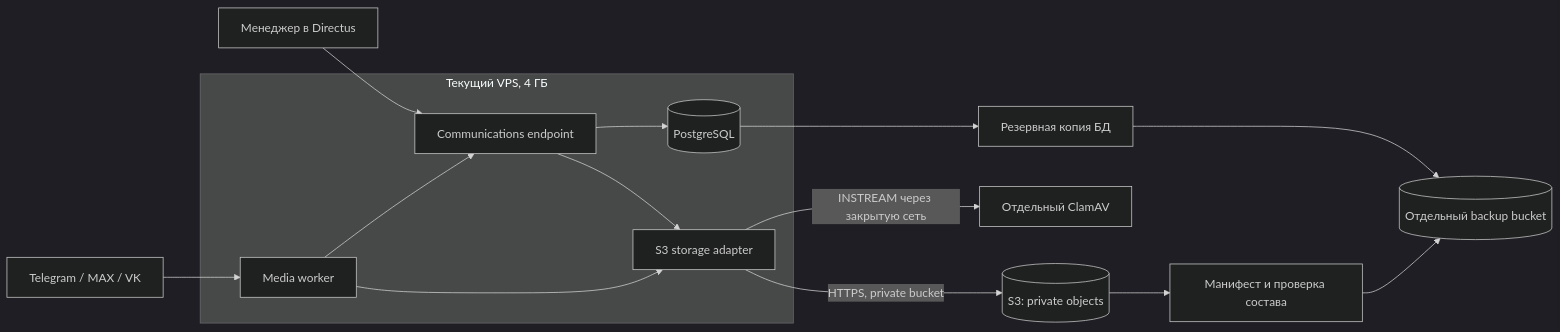
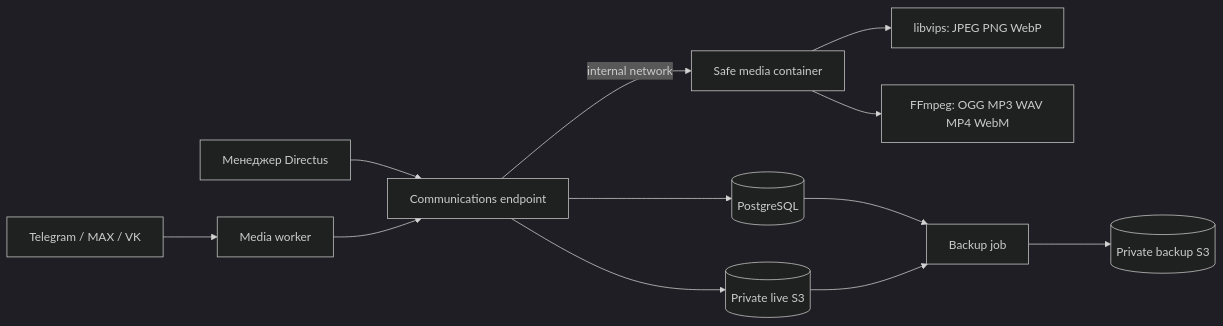
Before and after one commit to alexverigin-del/vtoroy-premium: the diagram in docs/communications-s3-clamav-architecture.md, drawn with Mermaid (dark theme). The commit also changed other lines of this file and 20 other files, not shown here.

Commit message:
Add isolated safe media sanitizer

````diff
--- a/docs/communications-s3-clamav-architecture.md
+++ b/docs/communications-s3-clamav-architecture.md
@@ -15,19 +16,14 @@
 ```mermaid
 flowchart LR
     P[Telegram / MAX / VK] --> W[Media worker]
-    M[Менеджер в Directus] --> API[Communications endpoint]
+    M[Менеджер Directus] --> API[Communications endpoint]
     W --> API
-
-    subgraph VPS[Текущий VPS, 4 ГБ]
-        API --> DB[(PostgreSQL)]
-        API --> SA[S3 storage adapter]
-        W --> SA
-    end
-
-    SA -->|HTTPS, private bucket| S3[(S3: private objects)]
-    SA -->|INSTREAM через закрытую сеть| AV[Отдельный ClamAV]
-    DB --> BK[Резервная копия БД]
-    S3 --> INV[Манифест и проверка состава]
-    BK --> BKS3[(Отдельный backup bucket)]
-    INV --> BKS3
+    API --> DB[(PostgreSQL)]
+    API --> S3[(Private live S3)]
+    API -->|internal network| C[Safe media container]
+    C --> V[libvips: JPEG PNG WebP]
+    C --> F[FFmpeg: OGG MP3 WAV MP4 WebM]
+    DB --> B[Backup job]
+    S3 --> B
+    B --> BS3[(Private backup S3)]
 ```
````
